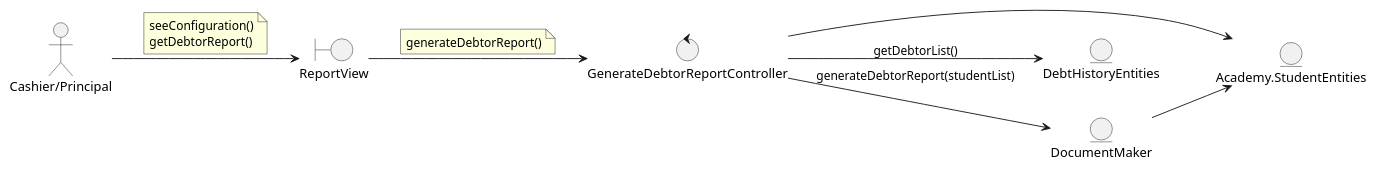
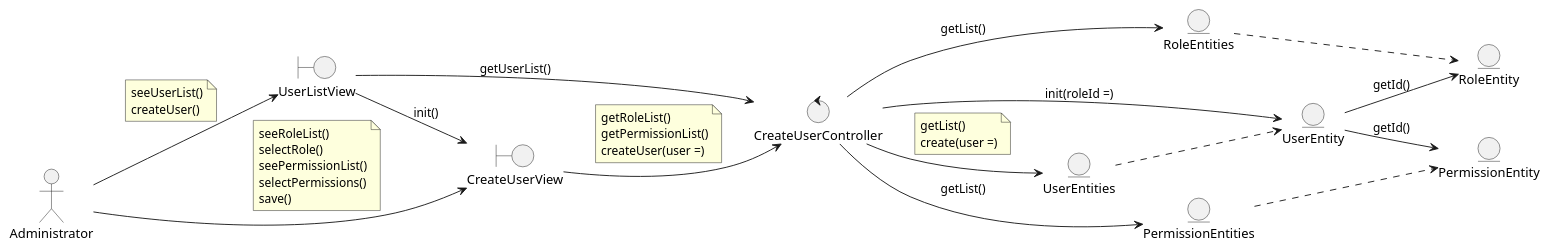
The diagram in DesignView/AnalysisView/UseCaseAnalysis/CU46.CreateUser/Collaboration.CU46.Analysis.puml (wsmcbl/wsmcbl.doc), drawn with PlantUML before and after one commit. The commit also changed 3 other files, not shown here.

Commit message:
Refactor: update CU46 CreateUser analysis directory

```diff
--- a/DesignView/AnalysisView/UseCaseAnalysis/CU46.CreateUser/Collaboration.CU46.Analysis.puml
+++ b/DesignView/AnalysisView/UseCaseAnalysis/CU46.CreateUser/Collaboration.CU46.Analysis.puml
@@ -1,35 +1,63 @@
 @startuml
 left to right direction
 
-actor "Cashier/Principal"
+actor Administrator
 
-boundary ReportView
+boundary UserListView
+boundary CreateUserView
 
-control GenerateDebtorReportController
+control CreateUserController
 
-entity Academy.StudentEntities
-entity DebtHistoryEntities
-entity DocumentMaker
+entity UserEntities
+entity UserEntity
+entity RoleEntities
+entity RoleEntity
+entity PermissionEntities
+entity PermissionEntity
 
 '--- Actor relations ---
-"Cashier/Principal" --> ReportView
+Administrator --> UserListView
 note on link
-    seeConfiguration()
-    getDebtorReport()
+    seeUserList()
+    createUser()
+end note
+
+Administrator --> CreateUserView
+note on link
+    seeRoleList()
+    selectRole()
+    seePermissionList()
+    selectPermissions()
+    save()
 end note
 
 '--- Views relations ---
-ReportView --> GenerateDebtorReportController
+UserListView --> CreateUserView : init()
+UserListView --> CreateUserController : getUserList()
+
+CreateUserView --> CreateUserController
 note on link
-    generateDebtorReport()
+    getRoleList()
+    getPermissionList()
+    createUser(user =)
 end note
 
 '--- Controllers relations ---
-GenerateDebtorReportController --> DocumentMaker : generateDebtorReport(studentList)
-GenerateDebtorReportController --> Academy.StudentEntities
-GenerateDebtorReportController --> DebtHistoryEntities : getDebtorList()
+CreateUserController --> PermissionEntities : getList()
+CreateUserController --> RoleEntities : getList()
+CreateUserController --> UserEntities
+note on link
+    getList()
+    create(user =)
+end note
+CreateUserController --> UserEntity : init(roleId =)
 
 '--- Entity relations ---
-DocumentMaker --> Academy.StudentEntities
+PermissionEntities ..> PermissionEntity
+RoleEntities ..> RoleEntity
+UserEntities ..> UserEntity
+
+UserEntity --> RoleEntity : getId()
+UserEntity --> PermissionEntity : getId()
 
 @enduml
```
